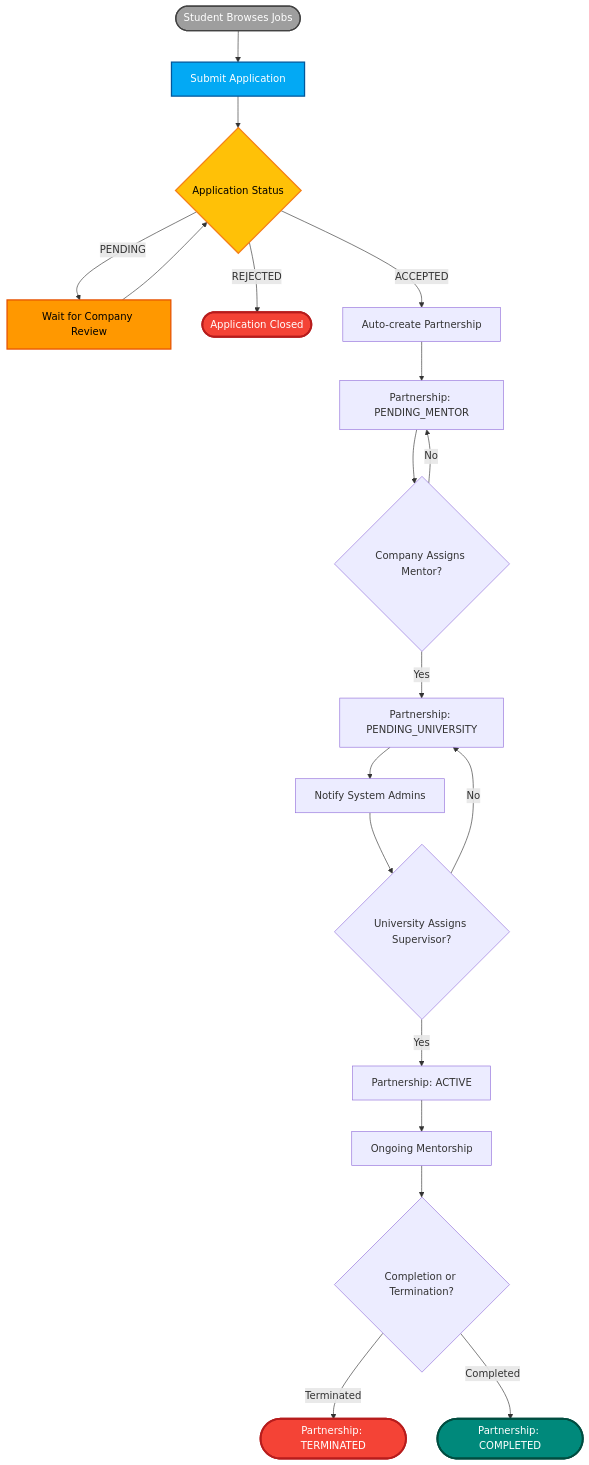
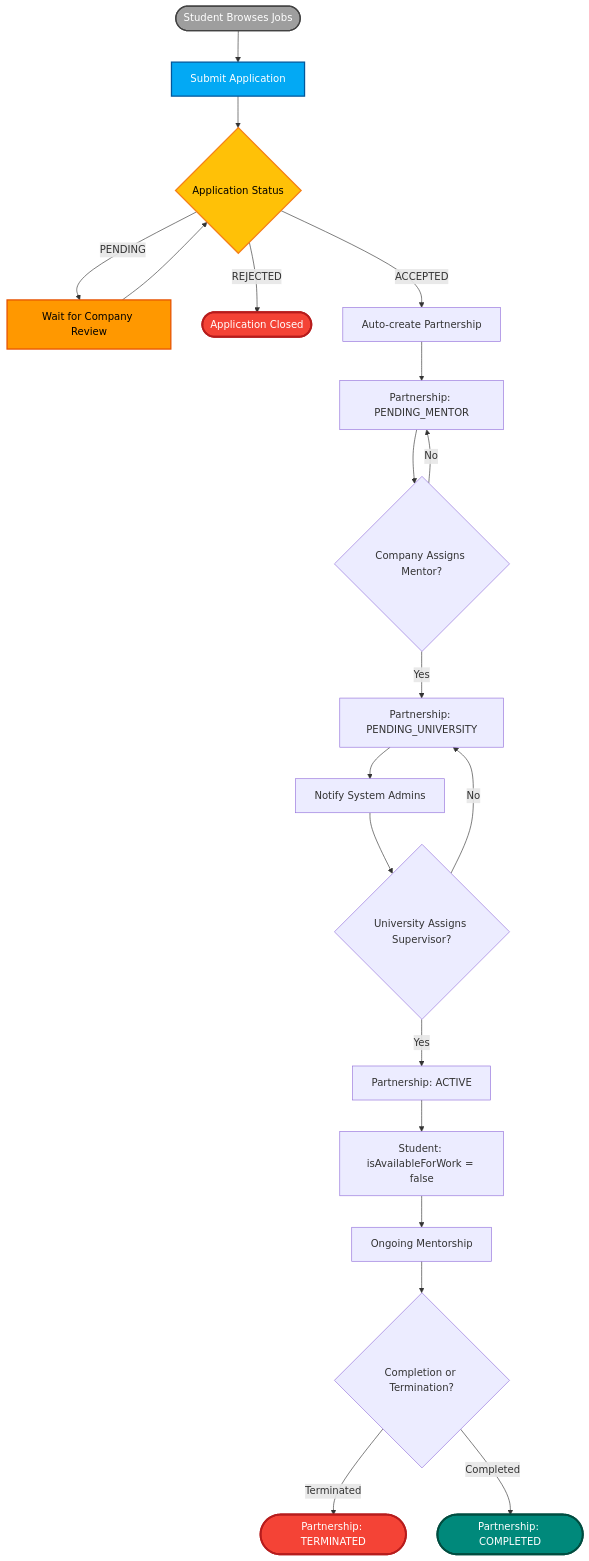
Before and after one commit to DrozsdikAdam/dual-kepzes-backend: the seventh of 9 diagrams in README.md, drawn with Mermaid. The commit also changed other lines of this file and 1 other file, not shown here.

````diff
--- a/README.md
+++ b/README.md
@@ -484,36 +486,36 @@
 ```mermaid
 flowchart TD
     Start([Student Browses Jobs]) --> Apply[Submit Application]
     Apply --> Status{Application Status}
     
     Status -->|PENDING| Wait[Wait for Company Review]
     Wait --> Status
     
     Status -->|REJECTED| End1([Application Closed])
     
     Status -->|ACCEPTED| CreatePartnership[Auto-create Partnership]
     CreatePartnership --> P1[Partnership: PENDING_MENTOR]
     
     P1 --> AssignMentor{Company Assigns Mentor?}
     AssignMentor -->|Yes| P2[Partnership: PENDING_UNIVERSITY]
     AssignMentor -->|No| P1
     
     P2 --> Notify1[Notify System Admins]
     Notify1 --> AssignUni{University Assigns Supervisor?}
     AssignUni -->|Yes| P3[Partnership: ACTIVE]
+    P3 --> SetAvail[Student: isAvailableForWork = false]
+    SetAvail --> Monitor[Ongoing Mentorship]
     AssignUni -->|No| P2
-    
-    P3 --> Monitor[Ongoing Mentorship]
     Monitor --> Complete{Completion or Termination?}
     Complete -->|Terminated| End2([Partnership: TERMINATED])
     Complete -->|Completed| End3([Partnership: COMPLETED])
     
     style Start fill:#9e9e9e,stroke:#424242,stroke-width:2px,color:#fff
     style Apply fill:#03a9f4,stroke:#01579b,stroke-width:2px,color:#fff
     style Status fill:#ffc107,stroke:#f57f17,stroke-width:2px,color:#000
     style Wait fill:#ff9800,stroke:#e65100,stroke-width:2px,color:#000
     style End1 fill:#f44336,stroke:#b71c1c,stroke-width:3px,color:#fff
     style End2 fill:#f44336,stroke:#b71c1c,stroke-width:3px,color:#fff
     style End3 fill:#00897b,stroke:#004d40,stroke-width:3px,color:#fff
 
 ```
````
